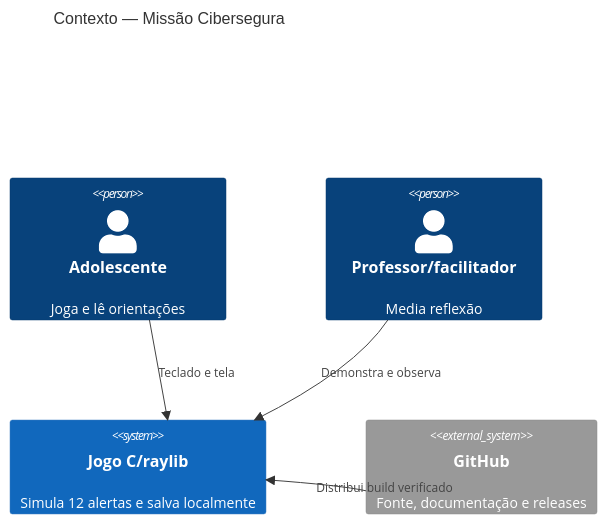
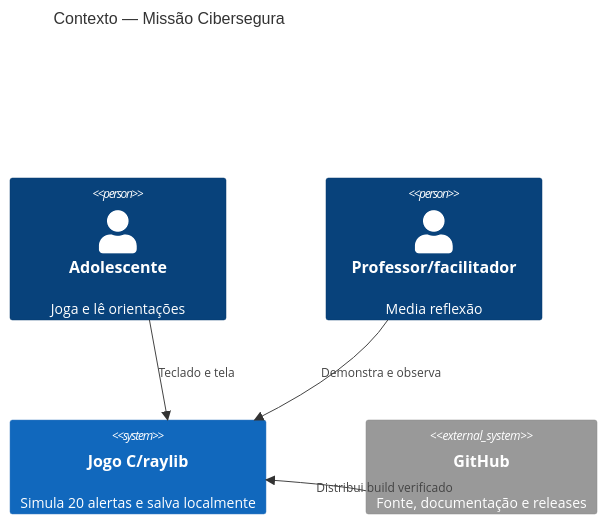
The first of 5 diagrams in docs/architecture/arquitetura.md (Felipe-tech30/missao-cibersegura-df), drawn with Mermaid before and after one commit. The commit also changed other lines of this file and 16 other files, not shown here.

````diff
--- a/docs/architecture/arquitetura.md
+++ b/docs/architecture/arquitetura.md
@@ -9,11 +9,11 @@
 ```mermaid
 C4Context
     title Contexto — Missão Cibersegura
     Person(jogador, "Adolescente", "Joga e lê orientações")
     Person(facilitador, "Professor/facilitador", "Media reflexão")
-    System(jogo, "Jogo C/raylib", "Simula 12 alertas e salva localmente")
+    System(jogo, "Jogo C/raylib", "Simula 20 alertas e salva localmente")
     System_Ext(github, "GitHub", "Fonte, documentação e releases")
     Rel(jogador, jogo, "Teclado e tela")
     Rel(facilitador, jogo, "Demonstra e observa")
     Rel(github, jogo, "Distribui build verificado")
 ```
````
